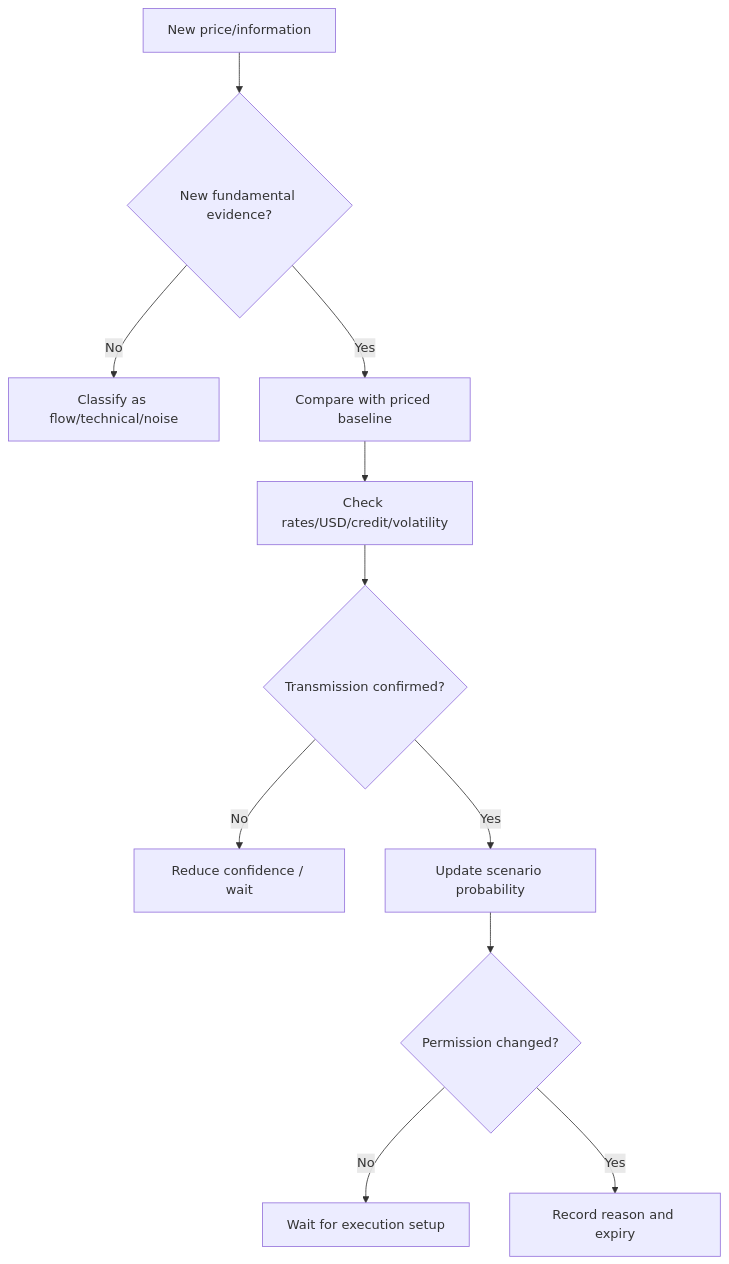
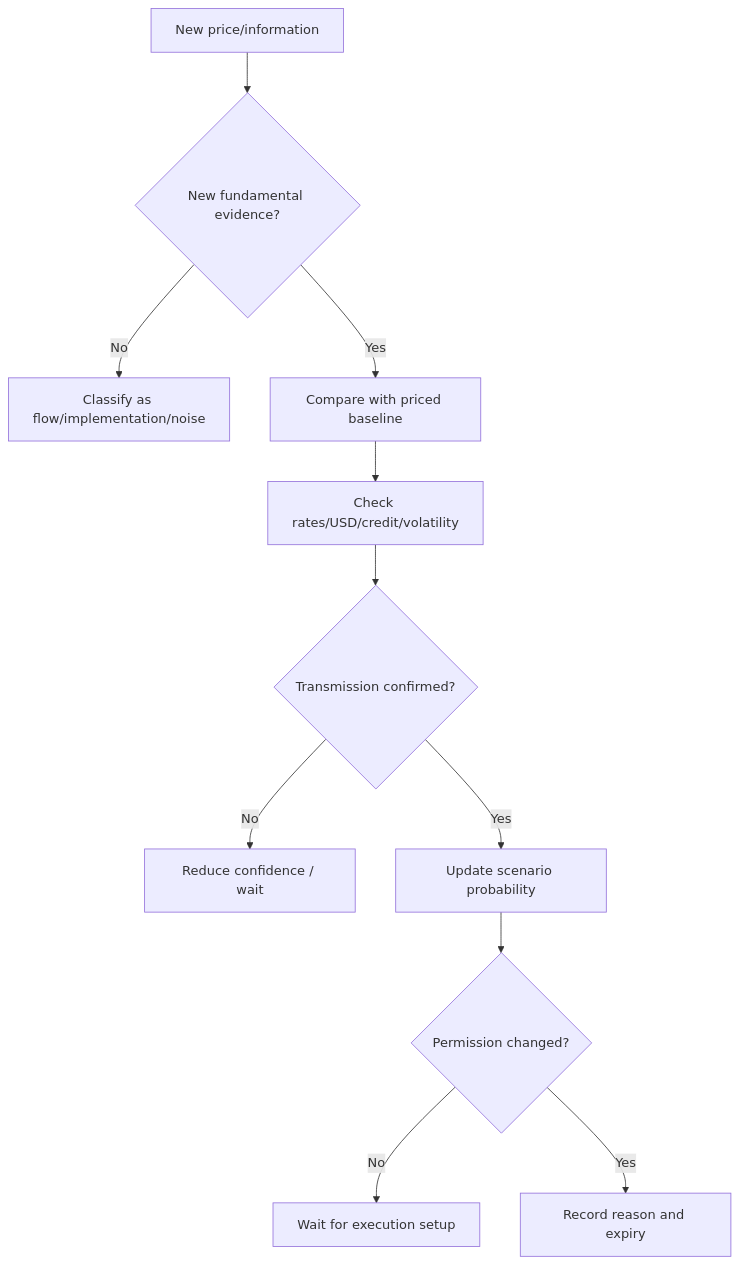
Before and after one commit to bsAmirHeydar/Desk: the diagram in Institutional_Fundamental_Macro_Research_OS_v5_1_FINAL/06 Workflows/04 Live Session Decision Process.md, drawn with Mermaid. The commit also changed other lines of this file and 1066 other files, not shown here.

````diff
--- a/Institutional_Fundamental_Macro_Research_OS_v5_1_FINAL/06 Workflows/04 Live Session Decision Process.md
+++ b/Institutional_Fundamental_Macro_Research_OS_v5_1_FINAL/06 Workflows/04 Live Session Decision Process.md
@@ -140,13 +127,13 @@
 ```mermaid
 flowchart TD
     A[New price/information] --> B{New fundamental evidence?}
-    B -- No --> C[Classify as flow/technical/noise]
+    B -- No --> C[Classify as flow/implementation/noise]
     B -- Yes --> D[Compare with priced baseline]
     D --> E[Check rates/USD/credit/volatility]
     E --> F{Transmission confirmed?}
     F -- No --> G[Reduce confidence / wait]
     F -- Yes --> H[Update scenario probability]
     H --> I{Permission changed?}
     I -- No --> J[Wait for execution setup]
     I -- Yes --> K[Record reason and expiry]
 ```
````
